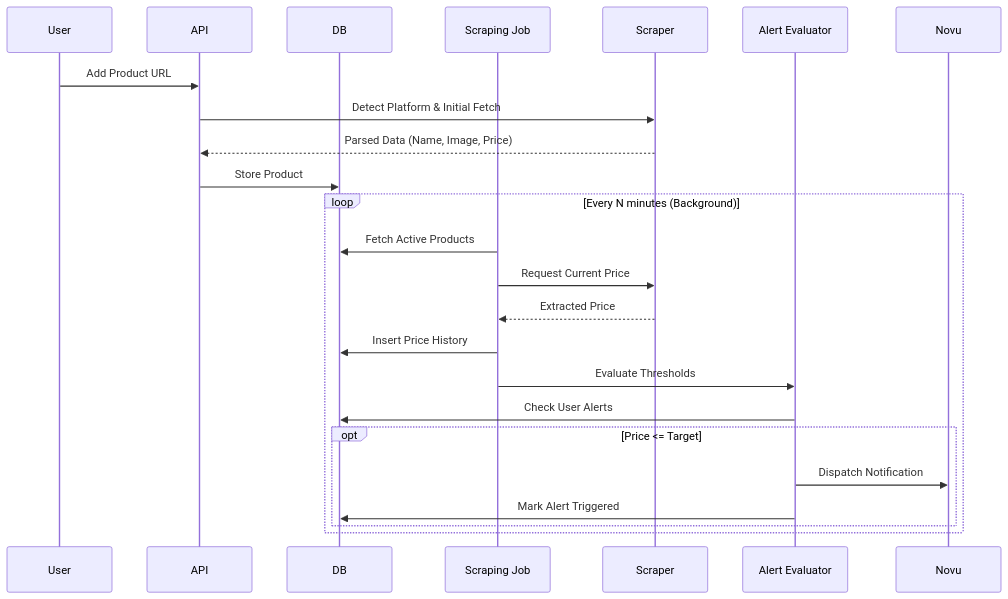
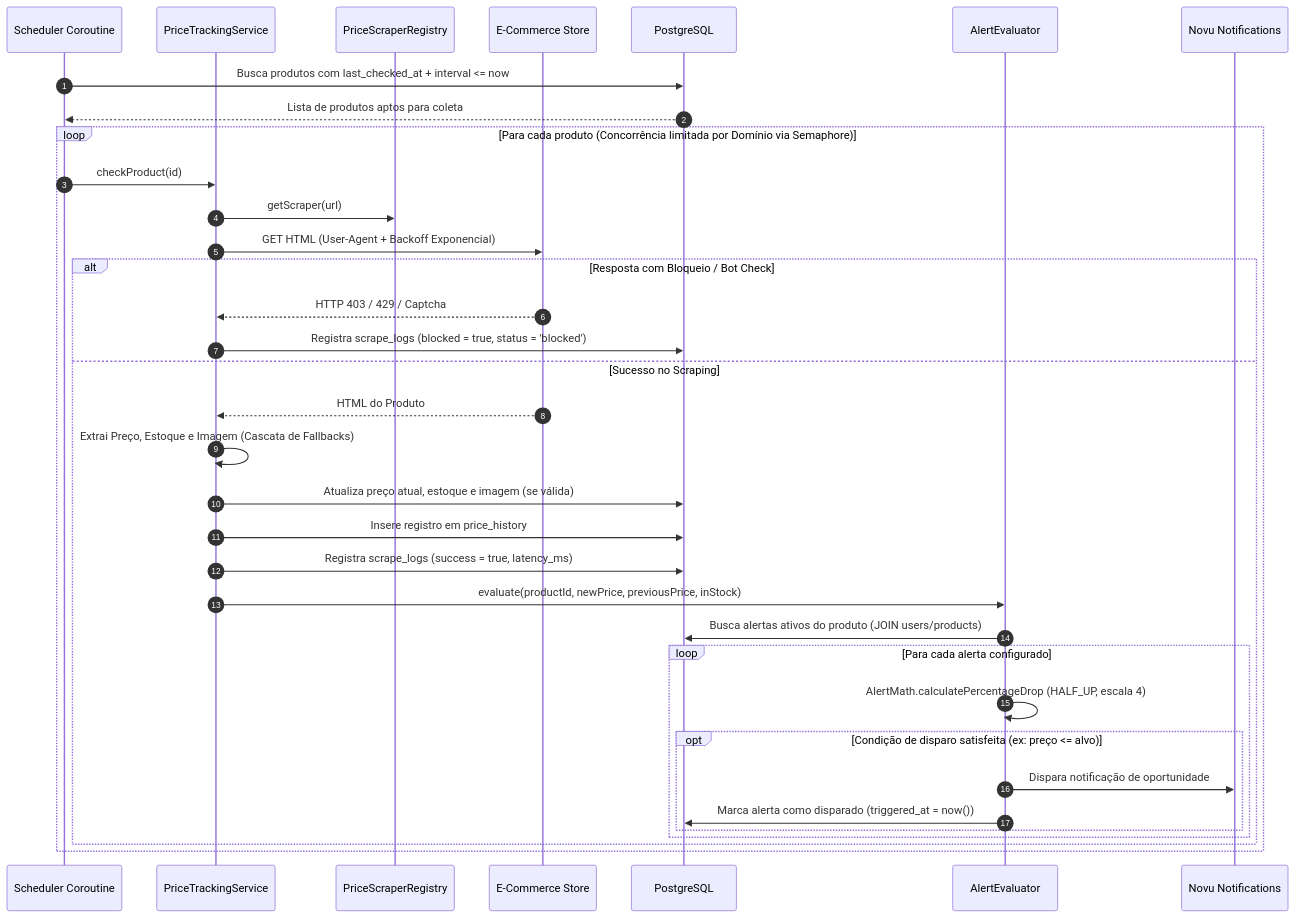
Before and after one commit to CaioSouzx00/pricewatch: the second of 3 diagrams in README.md, drawn with Mermaid. The commit also changed other lines of this file and 10 other files, not shown here.

````diff
--- a/README.md
+++ b/README.md
@@ -71,28 +167,38 @@
 ```mermaid
 sequenceDiagram
-    participant User
-    participant API
-    participant DB
-    participant Job as Scraping Job
-    participant Scraper
-    participant Evaluator as Alert Evaluator
-    participant Novu
+    autonumber
+    participant Scheduler as Scheduler Coroutine
+    participant Tracking as PriceTrackingService
+    participant Registry as PriceScraperRegistry
+    participant Store as E-Commerce Store
+    participant DB as PostgreSQL
+    participant Evaluator as AlertEvaluator
+    participant Novu as Novu Notifications
 
-    User->>API: Add Product URL
-    API->>Scraper: Detect Platform & Initial Fetch
-    Scraper-->>API: Parsed Data (Name, Image, Price)
-    API->>DB: Store Product
-    
-    loop Every N minutes (Background)
-        Job->>DB: Fetch Active Products
-        Job->>Scraper: Request Current Price
-        Scraper-->>Job: Extracted Price
-        Job->>DB: Insert Price History
-        Job->>Evaluator: Evaluate Thresholds
-        Evaluator->>DB: Check User Alerts
-        opt Price <= Target
-            Evaluator->>Novu: Dispatch Notification
-            Evaluator->>DB: Mark Alert Triggered
+    Scheduler->>DB: Busca produtos com last_checked_at + interval <= now
+    DB-->>Scheduler: Lista de produtos aptos para coleta
+    loop Para cada produto (Concorrência limitada por Domínio via Semaphore)
+        Scheduler->>Tracking: checkProduct(id)
+        Tracking->>Registry: getScraper(url)
+        Tracking->>Store: GET HTML (User-Agent + Backoff Exponencial)
+        alt Resposta com Bloqueio / Bot Check
+            Store-->>Tracking: HTTP 403 / 429 / Captcha
+            Tracking->>DB: Registra scrape_logs (blocked = true, status = 'blocked')
+        else Sucesso no Scraping
+            Store-->>Tracking: HTML do Produto
+            Tracking->>Tracking: Extrai Preço, Estoque e Imagem (Cascata de Fallbacks)
+            Tracking->>DB: Atualiza preço atual, estoque e imagem (se válida)
+            Tracking->>DB: Insere registro em price_history
+            Tracking->>DB: Registra scrape_logs (success = true, latency_ms)
+            Tracking->>Evaluator: evaluate(productId, newPrice, previousPrice, inStock)
+            Evaluator->>DB: Busca alertas ativos do produto (JOIN users/products)
+            loop Para cada alerta configurado
+                Evaluator->>Evaluator: AlertMath.calculatePercentageDrop (HALF_UP, escala 4)
+                opt Condição de disparo satisfeita (ex: preço <= alvo)
+                    Evaluator->>Novu: Dispara notificação de oportunidade
+                    Evaluator->>DB: Marca alerta como disparado (triggered_at = now())
+                end
+            end
         end
     end
 ```
````
